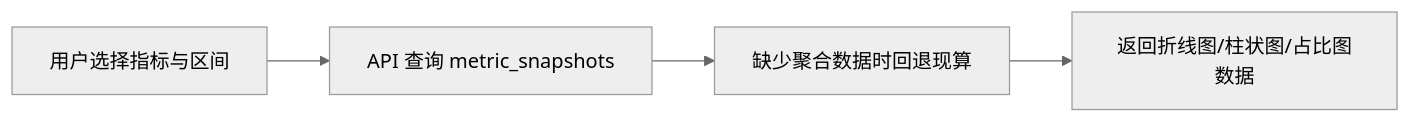
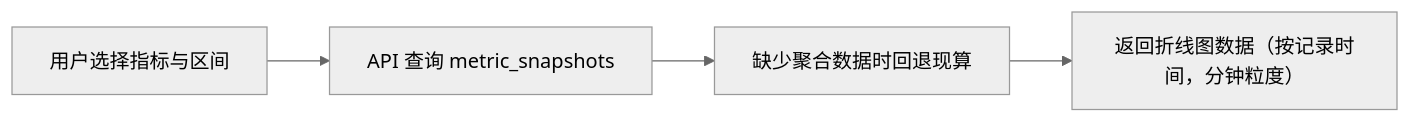
Before and after one commit to asatasinon/baby-growth-record-book: the fourth of 5 diagrams in docs/design/D02-business-flows.md, drawn with Mermaid (neutral theme). The commit also changed other lines of this file and 16 other files, not shown here.

````diff
--- a/docs/design/D02-business-flows.md
+++ b/docs/design/D02-business-flows.md
@@ -97,6 +98,6 @@
 ```mermaid
 flowchart LR
     A[用户选择指标与区间] --> B[API 查询 metric_snapshots]
     B --> C[缺少聚合数据时回退现算]
-    C --> D[返回折线图/柱状图/占比图数据]
+    C --> D[返回折线图数据（按记录时间，分钟粒度）]
 ```
````
